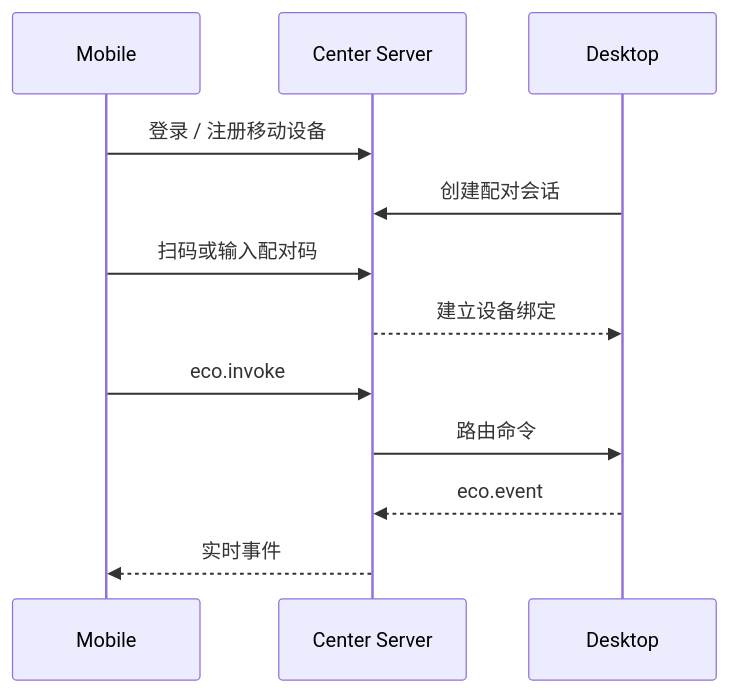
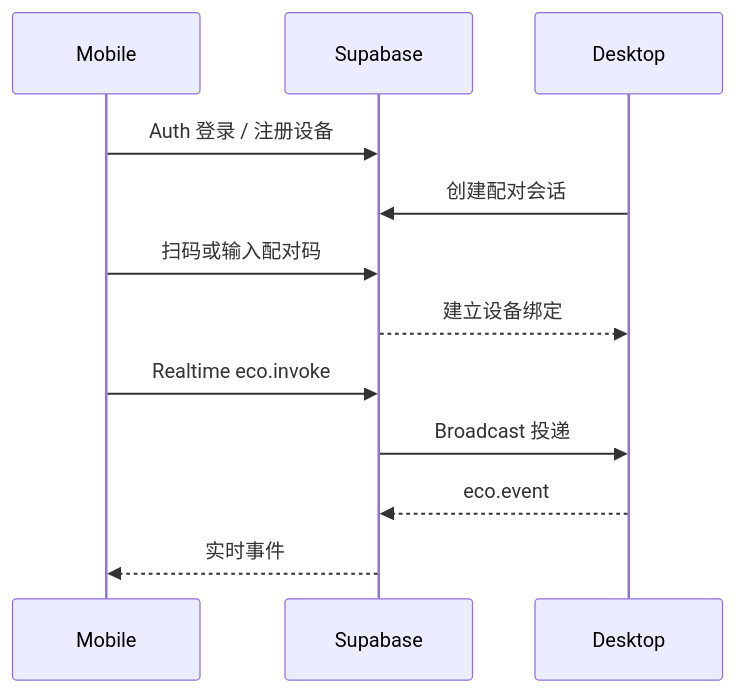
One commit to plus1998/eco-coding changed the second of 2 diagrams in docs/TECHNICAL.md. Above: the diagram before and after it, drawn with Mermaid. The commit also changed other lines of this file and 115 other files, not shown here.

First line of the commit message:
feat(supabase): replace Center Server with user-owned Supabase Center

````diff
--- a/docs/TECHNICAL.md
+++ b/docs/TECHNICAL.md
@@ -203,14 +203,14 @@
 ```mermaid
 sequenceDiagram
     participant Mobile
-    participant Server as Center Server
+    participant SB as Supabase
     participant Desktop
-    Mobile->>Server: 登录 / 注册移动设备
-    Desktop->>Server: 创建配对会话
-    Mobile->>Server: 扫码或输入配对码
-    Server-->>Desktop: 建立设备绑定
-    Mobile->>Server: eco.invoke
-    Server->>Desktop: 路由命令
-    Desktop-->>Server: eco.event
-    Server-->>Mobile: 实时事件
+    Mobile->>SB: Auth 登录 / 注册设备
+    Desktop->>SB: 创建配对会话
+    Mobile->>SB: 扫码或输入配对码
+    SB-->>Desktop: 建立设备绑定
+    Mobile->>SB: Realtime eco.invoke
+    SB->>Desktop: Broadcast 投递
+    Desktop-->>SB: eco.event
+    SB-->>Mobile: 实时事件
 ```
````
